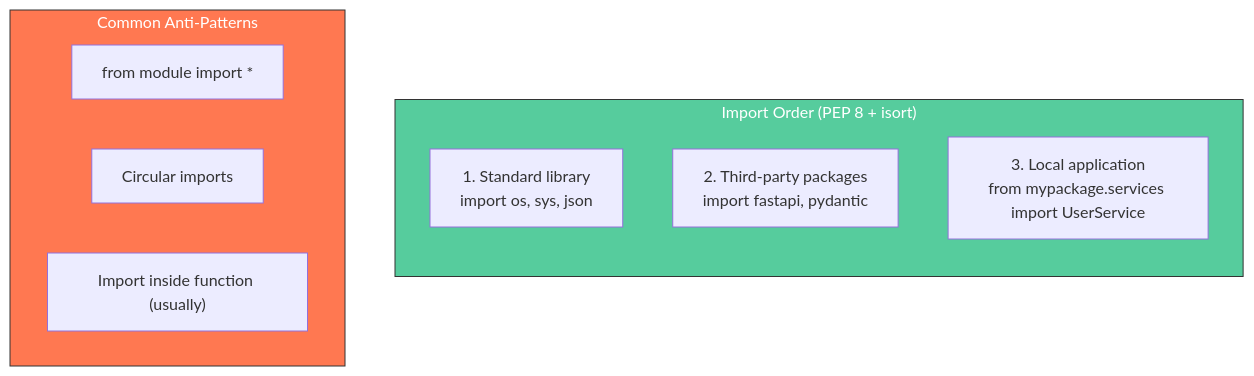
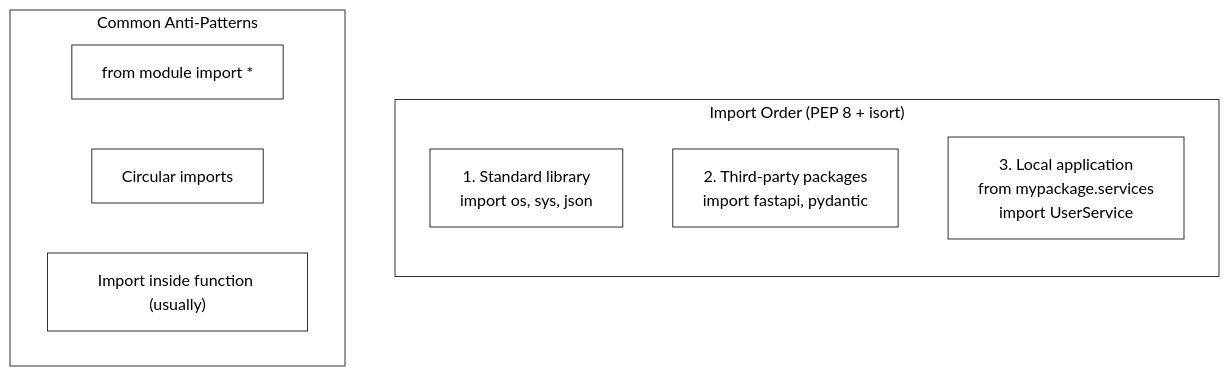
One commit to tanquangduong/tanquangduong.github.io changed the sixth of 10 diagrams in posts/swe-interview/Python-SWE-Interview-QA-3.qmd. Above: the diagram before and after it, drawn with Mermaid. The commit also changed other lines of this file and 10 other files, not shown here.

````diff
--- a/posts/swe-interview/Python-SWE-Interview-QA-3.qmd
+++ b/posts/swe-interview/Python-SWE-Interview-QA-3.qmd
@@ -592,19 +592,22 @@
 ```{mermaid}
 graph TD
     linkStyle default stroke:#000,color:#000
+
     subgraph ImportOrder["Import Order (PEP 8 + isort)"]
         direction TB
         I1["1. Standard library<br/>import os, sys, json"]
         I2["2. Third-party packages<br/>import fastapi, pydantic"]
-        I3["3. Local application<br/>from mypackage.services import UserService"]
+        I3["3. Local application<br/>from mypackage.services <br/>import UserService"]
     end
 
     subgraph Avoid["Common Anti-Patterns"]
         A1["from module import *"]
         A2["Circular imports"]
         A3["Import inside function (usually)"]
     end
 
-    style ImportOrder fill:#56cc9d,stroke:#333,color:#fff
-    style Avoid fill:#ff7851,stroke:#333,color:#fff
+    classDef white fill:#fff,stroke:#333,color:#000
+    class I1,I2,I3,A1,A2,A3 white
+    style ImportOrder fill:#fff,stroke:#333,color:#000
+    style Avoid fill:#fff,stroke:#333,color:#000
 ```
````
